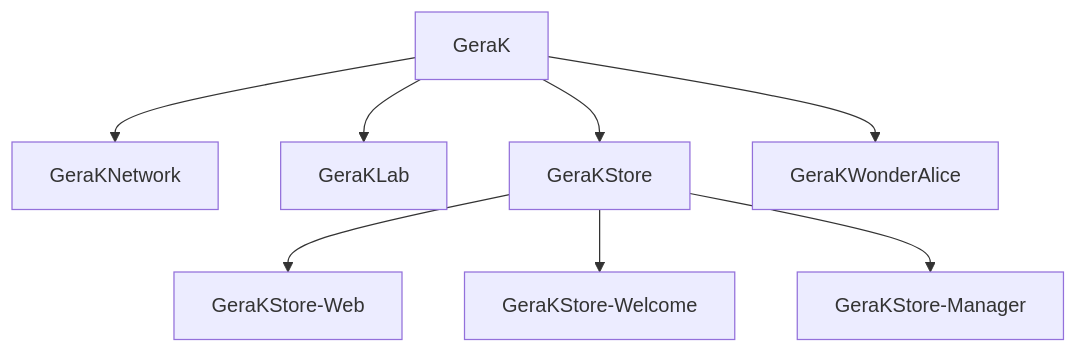
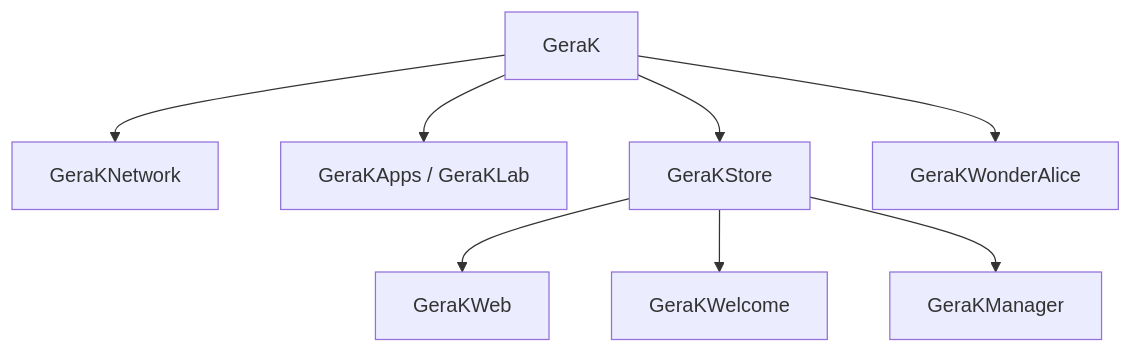
One commit to gkuhtov/GeraKProtocol changed the first of 2 diagrams in АРХИТЕКТУРА.md. Above: the diagram before and after it, drawn with Mermaid. The commit also changed other lines of this file, not shown here.

Commit message:
Обновлены имена проектов в архитектуре GeraKProtocol

````diff
--- a/АРХИТЕКТУРА.md
+++ b/АРХИТЕКТУРА.md
@@ -18,22 +18,22 @@
 ```mermaid
 flowchart TB
     G["GeraK"]
 
     N["GeraKNetwork"]
-    L["GeraKLab"]
+    L["GeraKApps / GeraKLab"]
     S["GeraKStore"]
     A["GeraKWonderAlice"]
 
-    W["GeraKStore-Web"]
-    H["GeraKStore-Welcome"]
-    M["GeraKStore-Manager"]
+    W["GeraKWeb"]
+    H["GeraKWelcome"]
+    M["GeraKManager"]
 
     G --> N
     G --> L
     G --> S
     G --> A
 
     S --> W
     S --> H
     S --> M
 ```
````
